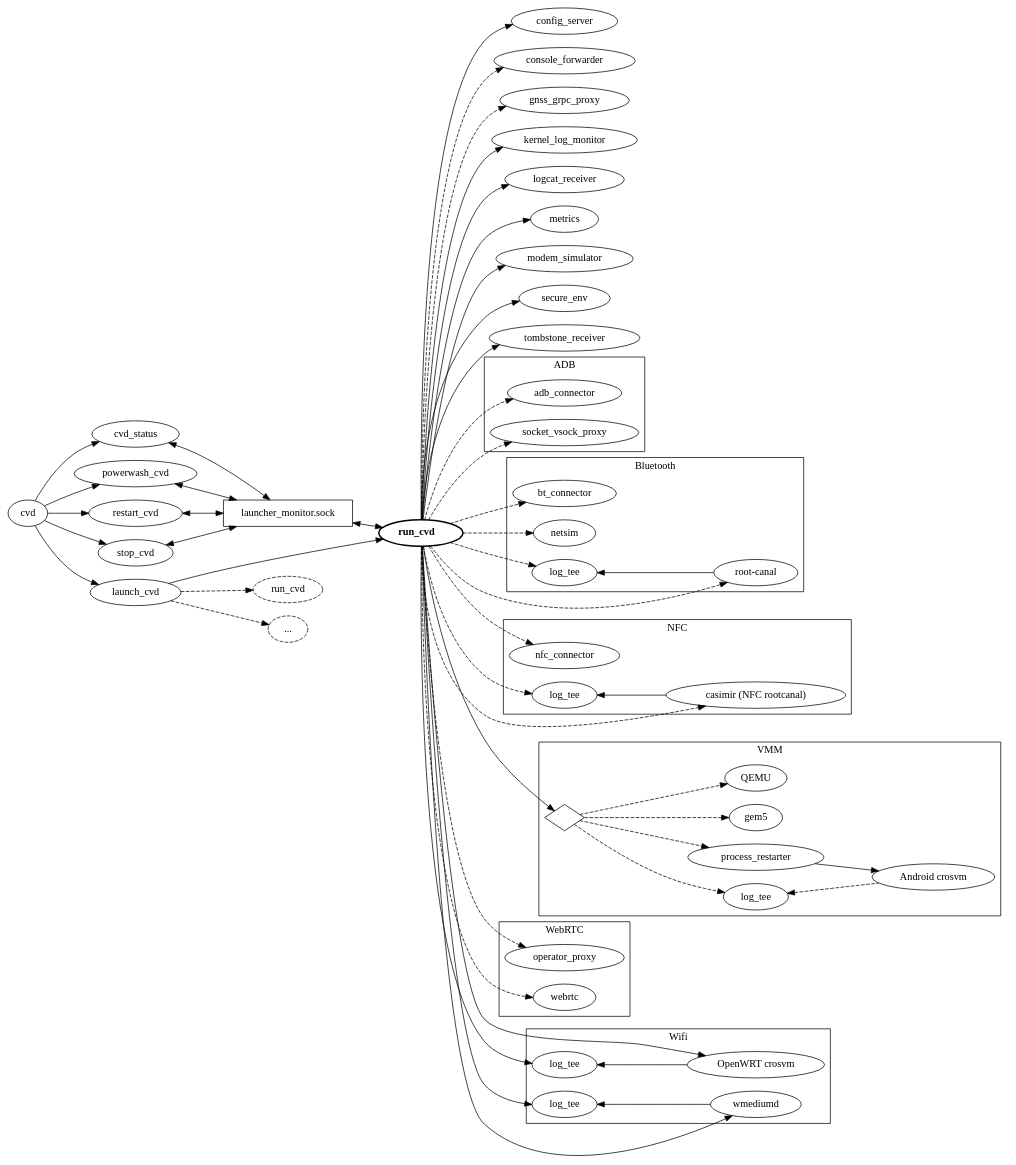
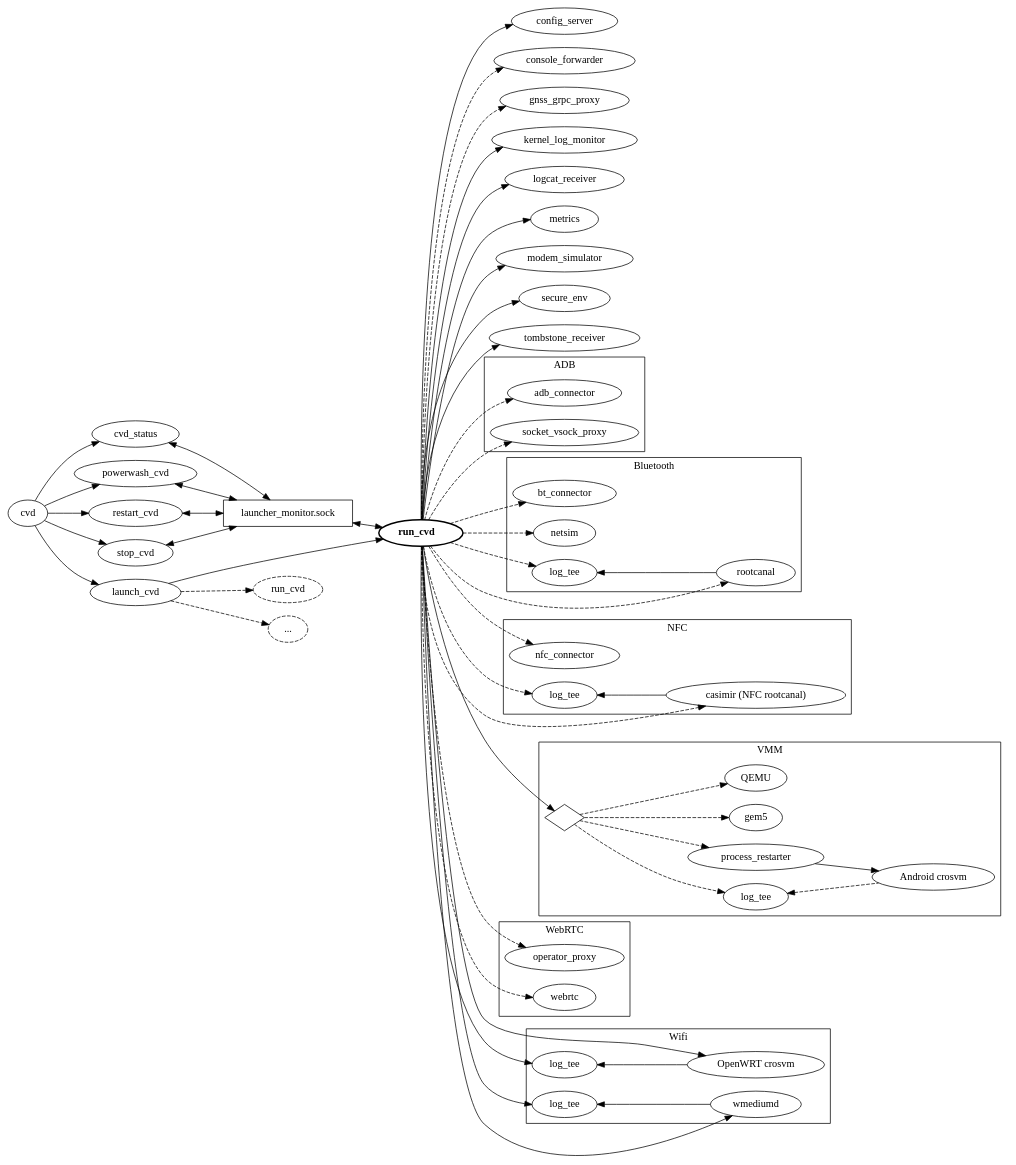
One commit to google/android-cuttlefish changed the diagram in base/cvd/cuttlefish/host/commands/run_cvd/doc/linkage.dot. Above: the diagram before and after it, drawn with Graphviz. The commit also changed 4 other files, not shown here.

First line of the commit message:
root-canal -> rootcanal

```diff
--- a/base/cvd/cuttlefish/host/commands/run_cvd/doc/linkage.dot
+++ b/base/cvd/cuttlefish/host/commands/run_cvd/doc/linkage.dot
@@ -1,128 +1,128 @@
 digraph {
   rankdir = "LR";
 
   config_server
   console_forwarder
   cvd
   cvd_status
   gnss_grpc_proxy
   kernel_log_monitor
   launch_cvd
   launcher_monitor_socket [label = "launcher_monitor.sock", shape = "rectangle"]
   logcat_receiver
   metrics
   modem_simulator
   powerwash_cvd
   restart_cvd
   run_cvd [label = < <b>run_cvd</b> >, penwidth = "2"]
   run_cvd_2 [label = "run_cvd", style = "dashed"]
   run_cvd_etc [label = "...", style = "dashed"]
   secure_env
   stop_cvd
   tombstone_receiver
 
   subgraph cluster_adb_group {
     label = "ADB"
 
     adb_connector
     socket_vsock_proxy
   }
 
   subgraph cluster_bluetooth_group {
     label = "Bluetooth"
 
     bt_connector
     netsim
-    root_canal [label = "root-canal"]
+    root_canal [label = "rootcanal"]
     root_canal_log_tee [label = "log_tee"]
   }
 
   subgraph cluster_nfc_group {
     label = "NFC"
 
     nfc_connector
     casimir [label = "casimir (NFC rootcanal)"]
     casimir_log_tee [label = "log_tee"]
   }
 
   subgraph cluster_vmm_group {
     label = "VMM"
 
     crosvm_android [label = "Android crosvm"]
     crosvm_android_log_tee [label = "log_tee"]
     crosvm_android_restarter [label = "process_restarter"]
     gem5
     qemu [label = "QEMU"]
     vmm [label = "", shape = "diamond"]
   }
 
   subgraph cluster_webrtc_group {
     label = "WebRTC"
 
     operator_proxy
     webrtc
   }
 
   subgraph cluster_wifi_group {
     label = "Wifi"
 
     crosvm_openwrt [label = "OpenWRT crosvm"]
     crosvm_openwrt_log_tee [label = "log_tee"]
     wmediumd
     wmediumd_log_tee [label = "log_tee"]
   }
 
   cvd -> cvd_status
   cvd -> launch_cvd
   cvd -> powerwash_cvd
   cvd -> restart_cvd
   cvd -> stop_cvd
 
   launch_cvd -> run_cvd
   launch_cvd -> run_cvd_2 [style = "dashed"]
   launch_cvd -> run_cvd_etc [style = "dashed"]
 
   cvd_status -> launcher_monitor_socket [dir = "both"]
   powerwash_cvd -> launcher_monitor_socket [dir = "both"]
   restart_cvd -> launcher_monitor_socket [dir = "both"]
   stop_cvd -> launcher_monitor_socket [dir = "both"]
   launcher_monitor_socket -> run_cvd [dir = "both"]
 
   run_cvd -> adb_connector [style = "dashed"]
   run_cvd -> bt_connector [style = "dashed"]
   run_cvd -> config_server
   run_cvd -> console_forwarder [style = "dashed"]
   run_cvd -> crosvm_openwrt
   run_cvd -> crosvm_openwrt_log_tee
   crosvm_openwrt_log_tee -> crosvm_openwrt [dir = "back"]
   run_cvd -> gnss_grpc_proxy [style = "dashed"]
   run_cvd -> kernel_log_monitor
   run_cvd -> logcat_receiver
   run_cvd -> metrics
   run_cvd -> modem_simulator
   run_cvd -> netsim [style = "dashed"]
   run_cvd -> operator_proxy [style = "dashed"]
   run_cvd -> root_canal [style = "dashed"]
   run_cvd -> root_canal_log_tee [style = "dashed"]
   root_canal_log_tee -> root_canal [dir = "back"]
   run_cvd -> nfc_connector [style = "dashed"]
   run_cvd -> casimir [style = "dashed"]
   run_cvd -> casimir_log_tee [style = "dashed"]
   casimir_log_tee -> casimir [dir = "back"]
   run_cvd -> secure_env
   run_cvd -> socket_vsock_proxy [style = "dashed"]
   run_cvd -> tombstone_receiver
   run_cvd -> vmm
   run_cvd -> webrtc [style = "dashed"]
   run_cvd -> wmediumd
   run_cvd -> wmediumd_log_tee
 
   wmediumd_log_tee -> wmediumd [dir = "back"]
 
   crosvm_android_log_tee -> crosvm_android [dir = "back", style = "dashed"]
   vmm -> crosvm_android_restarter [style = "dashed"]
   crosvm_android_restarter -> crosvm_android
   vmm -> crosvm_android_log_tee [style = "dashed"]
   vmm -> gem5 [style = "dashed"]
   vmm -> qemu [style = "dashed"]
 }
```
